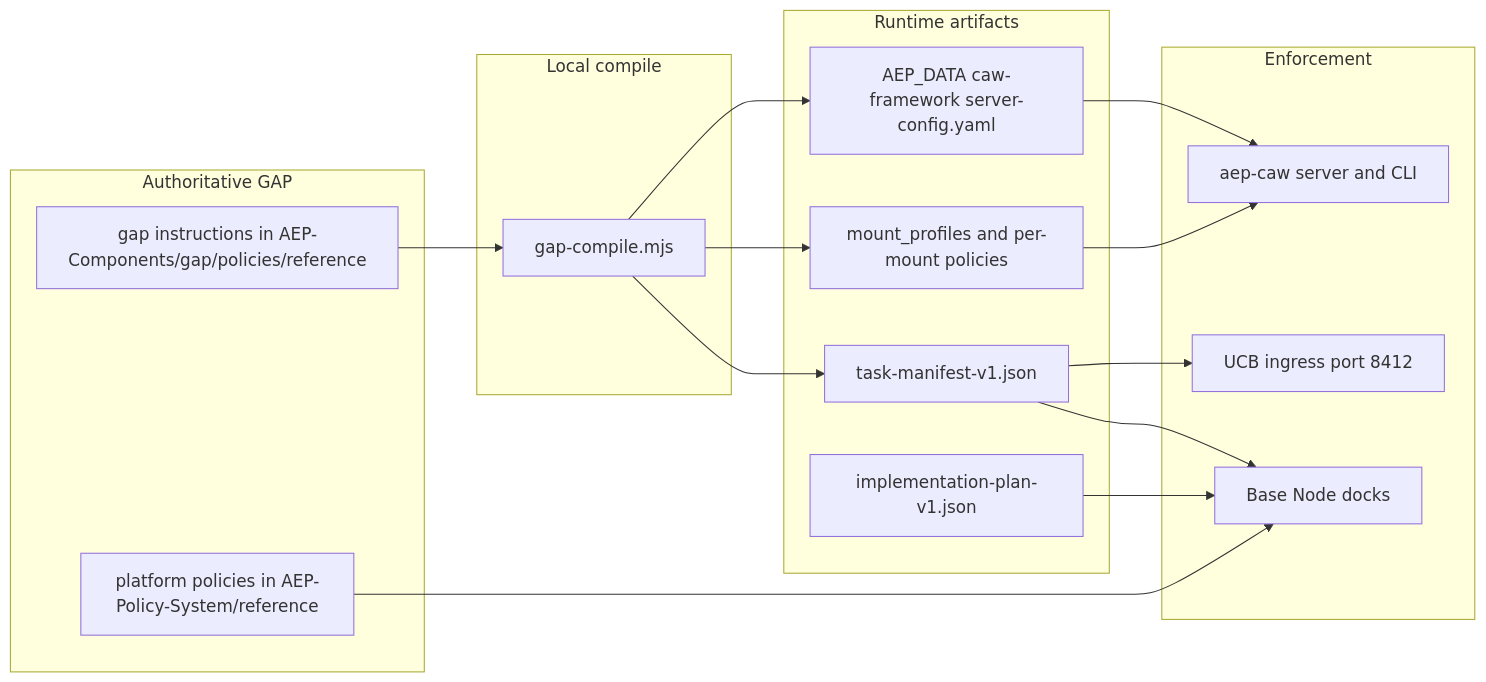
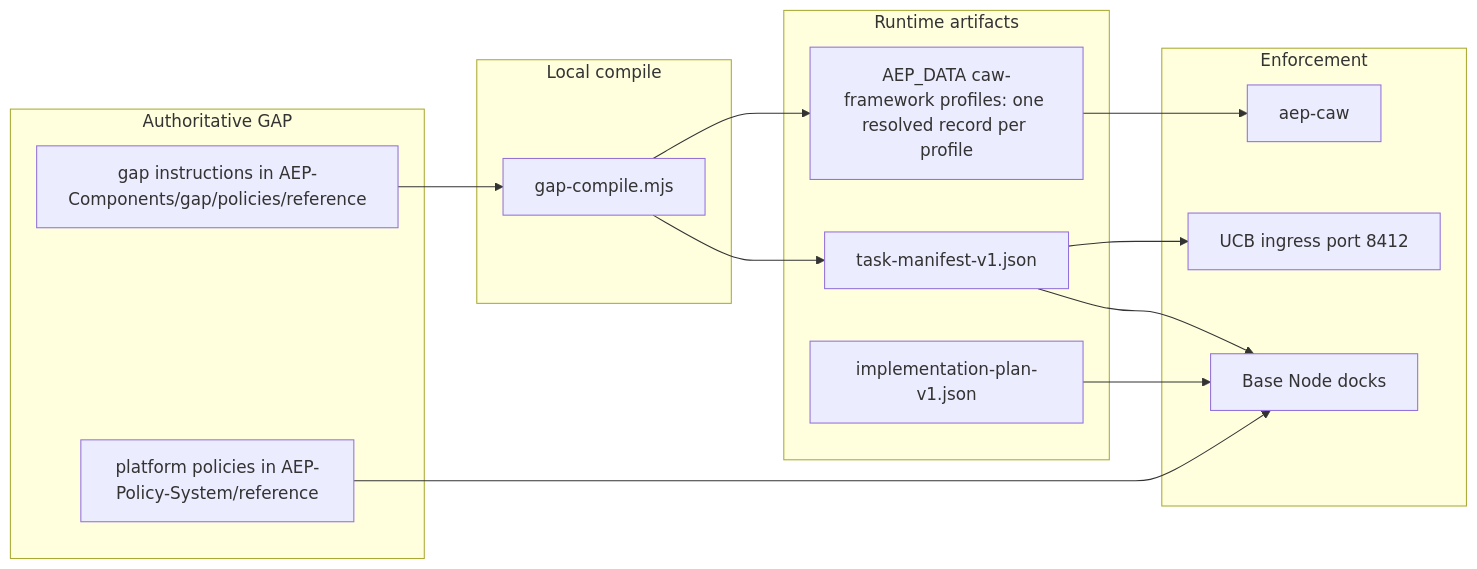
Before and after one commit to thePM001/AEP-agent-element-protocol: the ninth of 9 diagrams in AEP-Components/gap/README.md, drawn with Mermaid. The commit also changed other lines of this file and 43 other files, not shown here.

````diff
--- a/AEP-Components/gap/README.md
+++ b/AEP-Components/gap/README.md
@@ -496,35 +496,32 @@
 ```mermaid
 flowchart LR
   subgraph AUTH_GAP[Authoritative GAP]
     GAPREF["gap instructions in AEP-Components/gap/policies/reference"]
     PS["platform policies in AEP-Policy-System/reference"]
   end
 
   subgraph LOCAL_COMPILE[Local compile]
     GC["gap-compile.mjs"]
   end
 
   subgraph RT_ARTIFACTS[Runtime artifacts]
-    CAWCFG["AEP_DATA caw-framework server-config.yaml"]
-    MOUNT["mount_profiles and per-mount policies"]
+    CAWREC["AEP_DATA caw-framework profiles: one resolved record per profile"]
     TM["task-manifest-v1.json"]
     PLAN["implementation-plan-v1.json"]
   end
 
   subgraph ENFORCEMENT[Enforcement]
-    CAW["aep-caw server and CLI"]
+    CAW["aep-caw"]
     UCBGAP["UCB ingress port 8412"]
     BN["Base Node docks"]
   end
 
   GAPREF --> GC
   PS --> BN
-  GC --> CAWCFG
-  GC --> MOUNT
+  GC --> CAWREC
   GC --> TM
-  CAWCFG --> CAW
-  MOUNT --> CAW
+  CAWREC --> CAW
   TM --> UCBGAP
   TM --> BN
   PLAN --> BN
 ```
````
